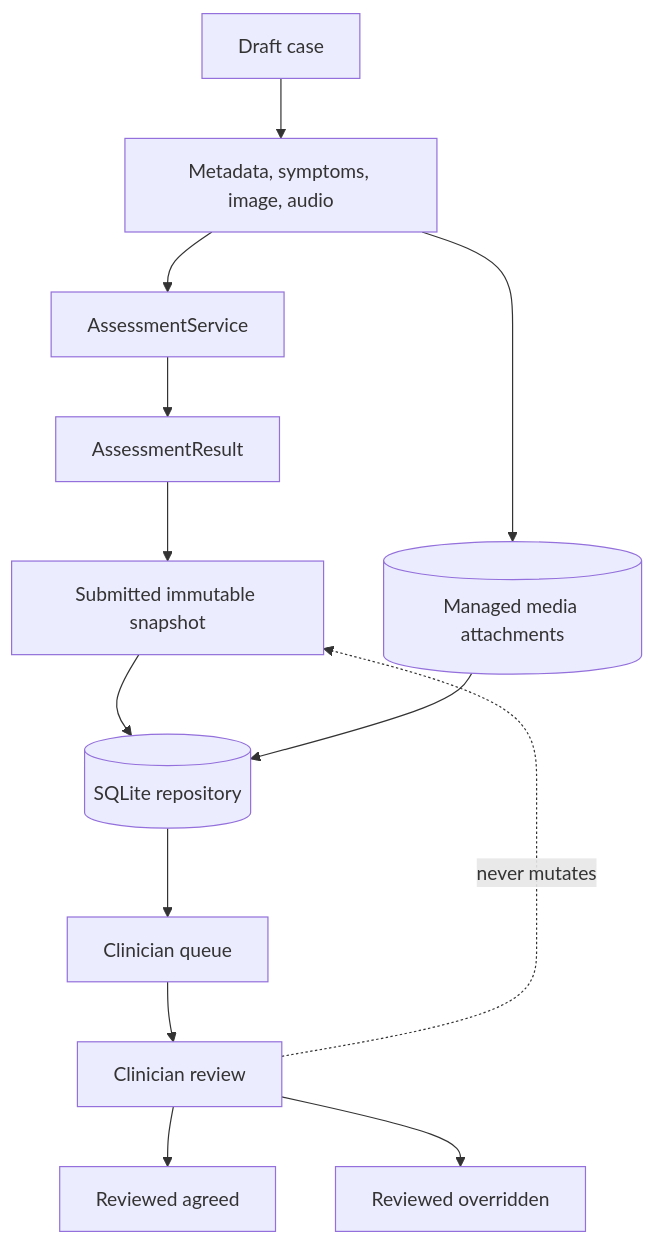
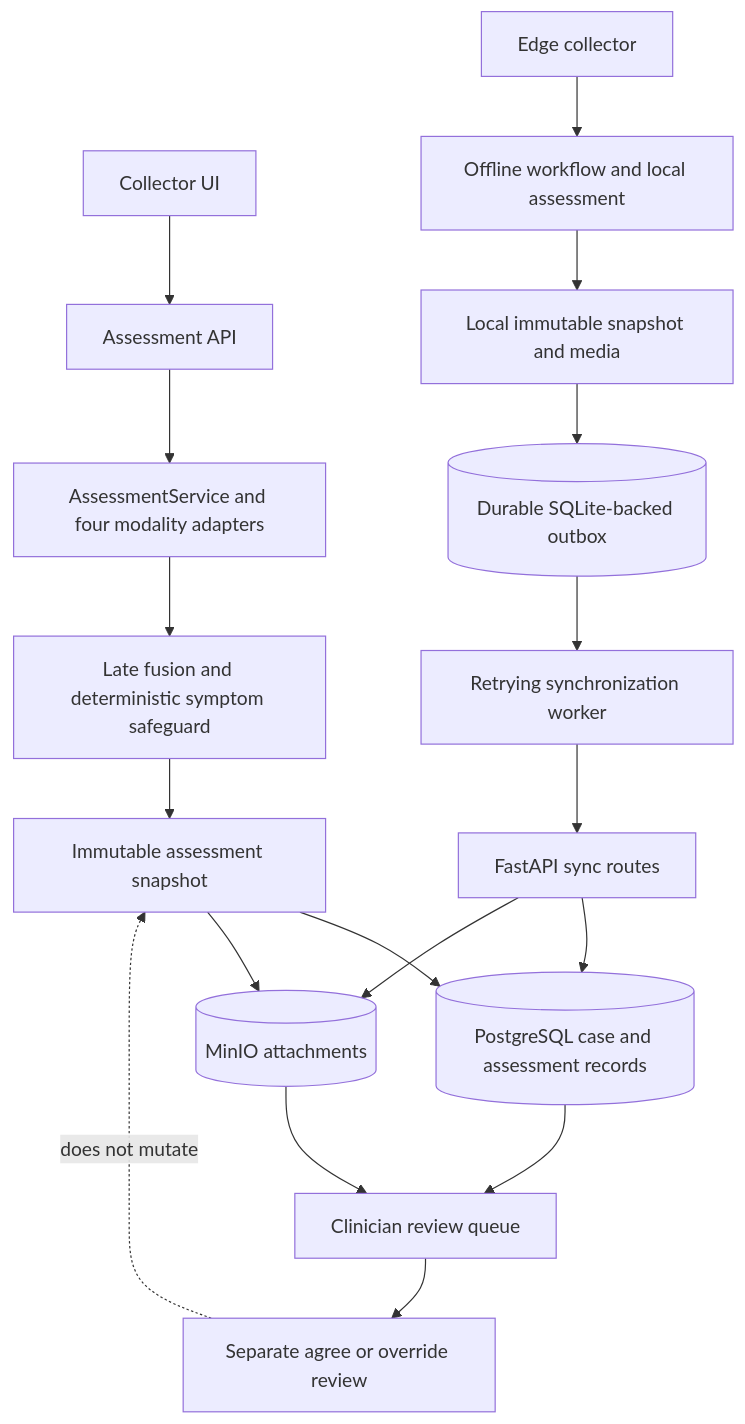
One commit to Joseph-Nawar/Grad-Project changed the diagram in docs/diagrams/case_data_flow.mmd. Above: the diagram before and after it, drawn with Mermaid. The commit also changed 14 other files, not shown here.

```diff
--- a/docs/diagrams/case_data_flow.mmd
+++ b/docs/diagrams/case_data_flow.mmd
@@ -1,13 +1,18 @@
 flowchart TD
-  Draft[Draft case] --> Inputs[Metadata, symptoms, image, audio]
-  Inputs --> Assess[AssessmentService]
-  Assess --> Result[AssessmentResult]
-  Result --> Submitted[Submitted immutable snapshot]
-  Inputs --> Media[(Managed media attachments)]
-  Submitted --> Repo[(SQLite repository)]
-  Media --> Repo
-  Repo --> Queue[Clinician queue]
-  Queue --> Review[Clinician review]
-  Review --> Agree[Reviewed agreed]
-  Review --> Override[Reviewed overridden]
-  Review -. never mutates .-> Submitted
+  Collector[Collector UI] --> AssessAPI[Assessment API]
+  AssessAPI --> Service[AssessmentService and four modality adapters]
+  Service --> Fusion[Late fusion and deterministic symptom safeguard]
+  Fusion --> CentralSnapshot[Immutable assessment snapshot]
+  CentralSnapshot --> Central[(PostgreSQL case and assessment records)]
+  CentralSnapshot --> Attachments[(MinIO attachments)]
+  Edge[Edge collector] --> Offline[Offline workflow and local assessment]
+  Offline --> LocalSnapshot[Local immutable snapshot and media]
+  LocalSnapshot --> Outbox[(Durable SQLite-backed outbox)]
+  Outbox --> Sync[Retrying synchronization worker]
+  Sync --> Ingest[FastAPI sync routes]
+  Ingest --> Central
+  Ingest --> Attachments
+  Central --> Queue[Clinician review queue]
+  Attachments --> Queue
+  Queue --> Decision[Separate agree or override review]
+  Decision -. does not mutate .-> CentralSnapshot
```
